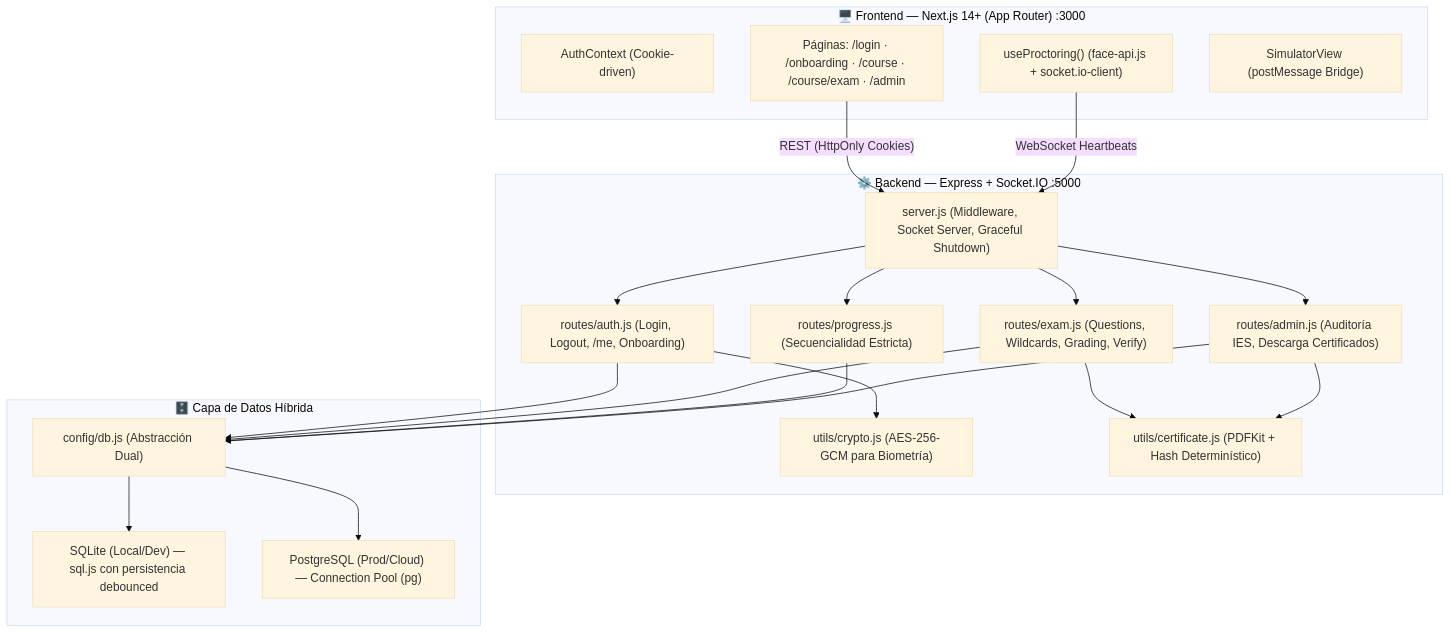
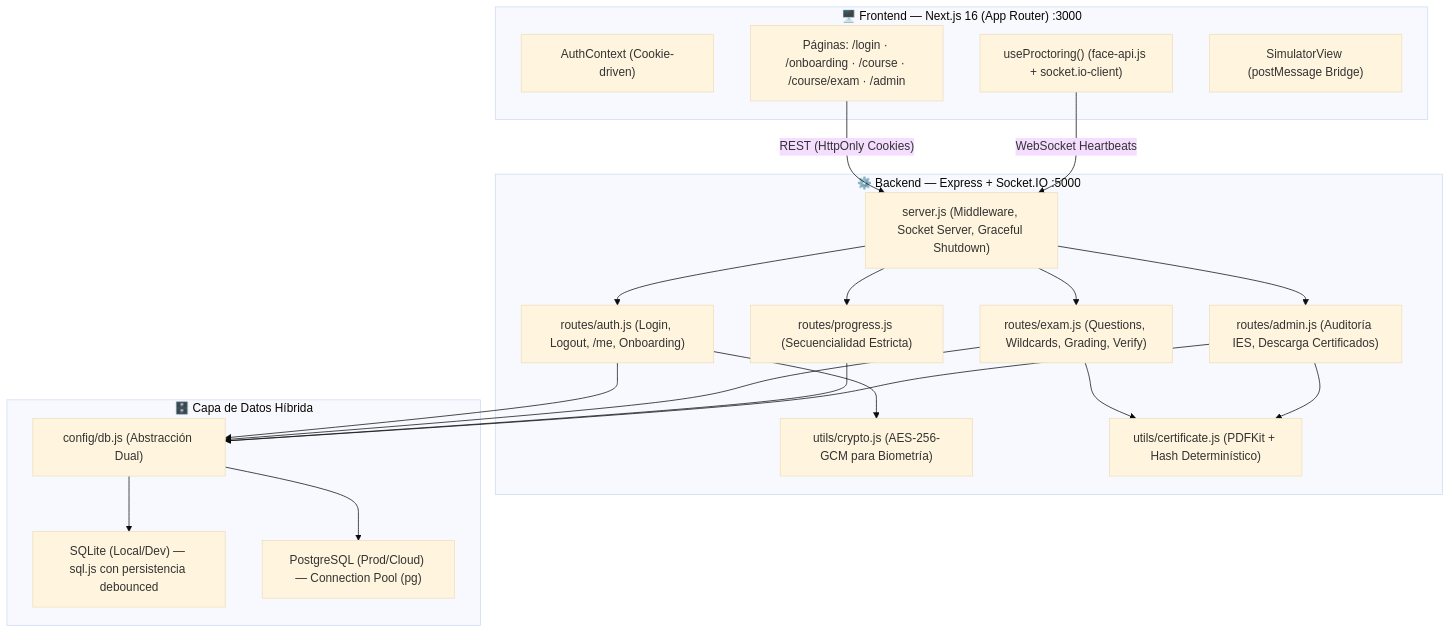
Before and after one commit to osbaho/elearning-api: the first of 4 diagrams in ArcoC/DOCUMENTATION.md, drawn with Mermaid (base theme). The commit also changed other lines of this file and 6 other files, not shown here.

````diff
--- a/ArcoC/DOCUMENTATION.md
+++ b/ArcoC/DOCUMENTATION.md
@@ -32,35 +32,35 @@
 ```mermaid
 graph TB
-    subgraph CLIENT["🖥️ Frontend — Next.js 14+ (App Router) :3000"]
+    subgraph CLIENT["🖥️ Frontend — Next.js 16 (App Router) :3000"]
         AUTH_CTX["AuthContext (Cookie-driven)"]
         UI_PAGES["Páginas: /login · /onboarding · /course · /course/exam · /admin"]
         HOOK_PROCTORING["useProctoring() (face-api.js + socket.io-client)"]
         SIM_VIEW["SimulatorView (postMessage Bridge)"]
     end
 
     subgraph BACKEND["⚙️ Backend — Express + Socket.IO :5000"]
         SERVER_MAIN["server.js (Middleware, Socket Server, Graceful Shutdown)"]
         AUTH_ROUTES["routes/auth.js (Login, Logout, /me, Onboarding)"]
         EXAM_ROUTES["routes/exam.js (Questions, Wildcards, Grading, Verify)"]
         PROG_ROUTES["routes/progress.js (Secuencialidad Estricta)"]
         ADMIN_ROUTES["routes/admin.js (Auditoría IES, Descarga Certificados)"]
         CRYPTO_UTIL["utils/crypto.js (AES-256-GCM para Biometría)"]
         CERT_UTIL["utils/certificate.js (PDFKit + Hash Determinístico)"]
     end
 
     subgraph STORAGE["🗄️ Capa de Datos Híbrida"]
         DB_LAYER["config/db.js (Abstracción Dual)"]
         SQLITE["SQLite (Local/Dev) — sql.js con persistencia debounced"]
         POSTGRES["PostgreSQL (Prod/Cloud) — Connection Pool (pg)"]
     end
 
     UI_PAGES -->|"REST (HttpOnly Cookies)"| SERVER_MAIN
     HOOK_PROCTORING -->|"WebSocket Heartbeats"| SERVER_MAIN
     SERVER_MAIN --> AUTH_ROUTES & EXAM_ROUTES & PROG_ROUTES & ADMIN_ROUTES
     AUTH_ROUTES & EXAM_ROUTES & PROG_ROUTES & ADMIN_ROUTES --> DB_LAYER
     DB_LAYER --> SQLITE
     DB_LAYER --> POSTGRES
     AUTH_ROUTES --> CRYPTO_UTIL
     EXAM_ROUTES --> CERT_UTIL
     ADMIN_ROUTES --> CERT_UTIL
 ```
````
